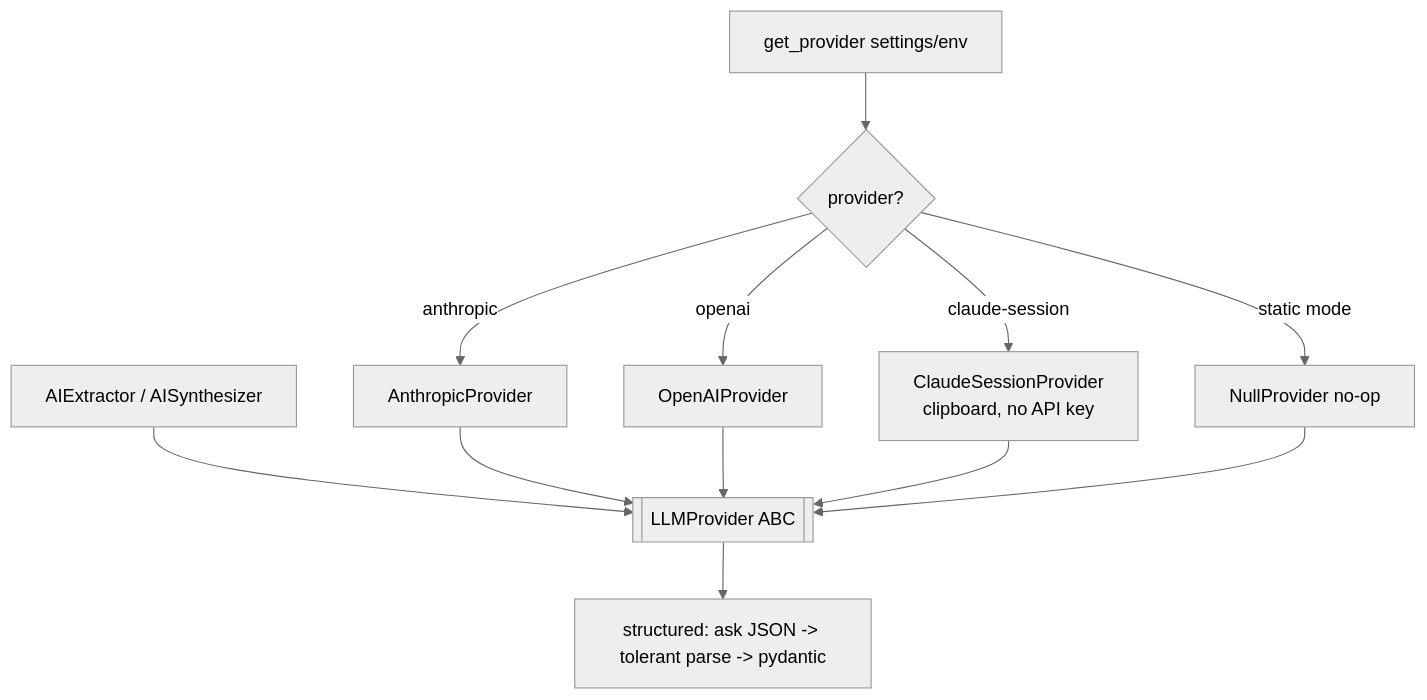
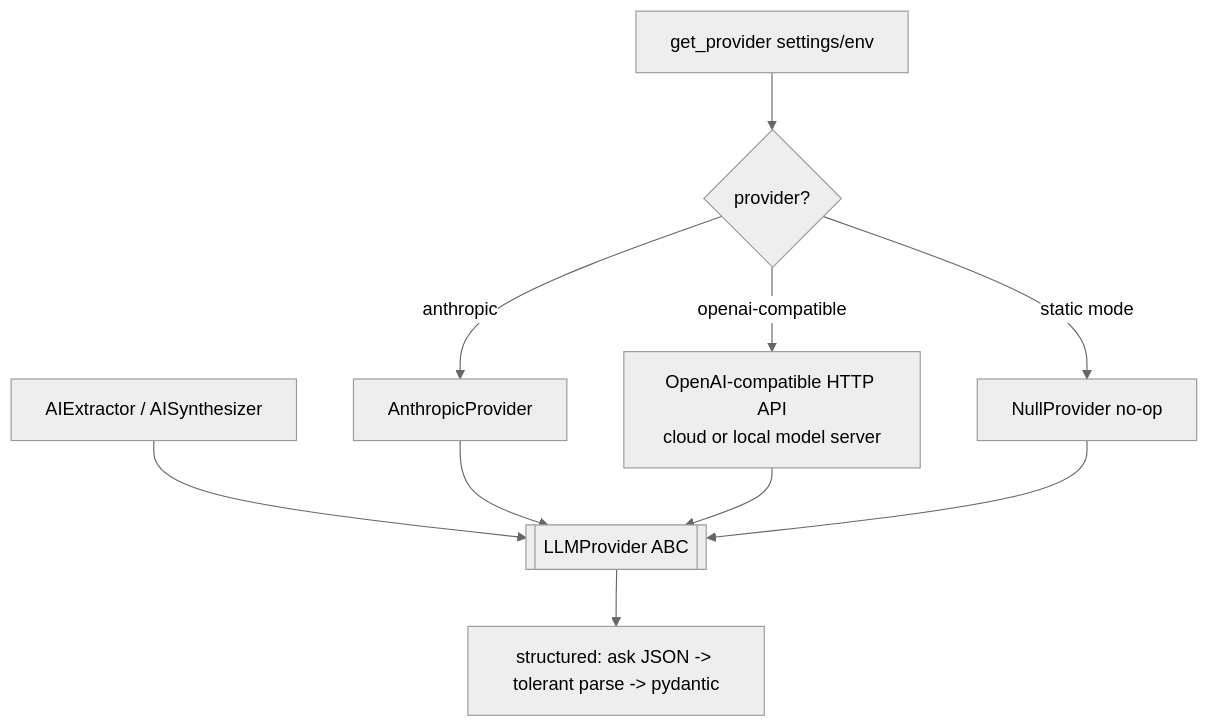
Before and after one commit to PyTorch-FEU-Tech-Chapter/pytorch-fit-system: the diagram in src/resume_builder/llm/README.md, drawn with Mermaid (neutral theme). The commit also changed other lines of this file and 18 other files, not shown here.

````diff
--- a/src/resume_builder/llm/README.md
+++ b/src/resume_builder/llm/README.md
@@ -20,11 +20,10 @@
 ```mermaid
 flowchart TD
     Stage[AIExtractor / AISynthesizer] --> ABC[[LLMProvider ABC]]
     Reg[get_provider settings/env] --> Pick{provider?}
     Pick -->|anthropic| AN[AnthropicProvider]
-    Pick -->|openai| OA[OpenAIProvider]
-    Pick -->|claude-session| CS[ClaudeSessionProvider<br/>clipboard, no API key]
+    Pick -->|openai-compatible| OA[OpenAI-compatible HTTP API<br/>cloud or local model server]
     Pick -->|static mode| NU[NullProvider no-op]
-    AN & OA & CS & NU --> ABC
+    AN & OA & NU --> ABC
     ABC --> Str[structured: ask JSON -> tolerant parse -> pydantic]
 ```
````
